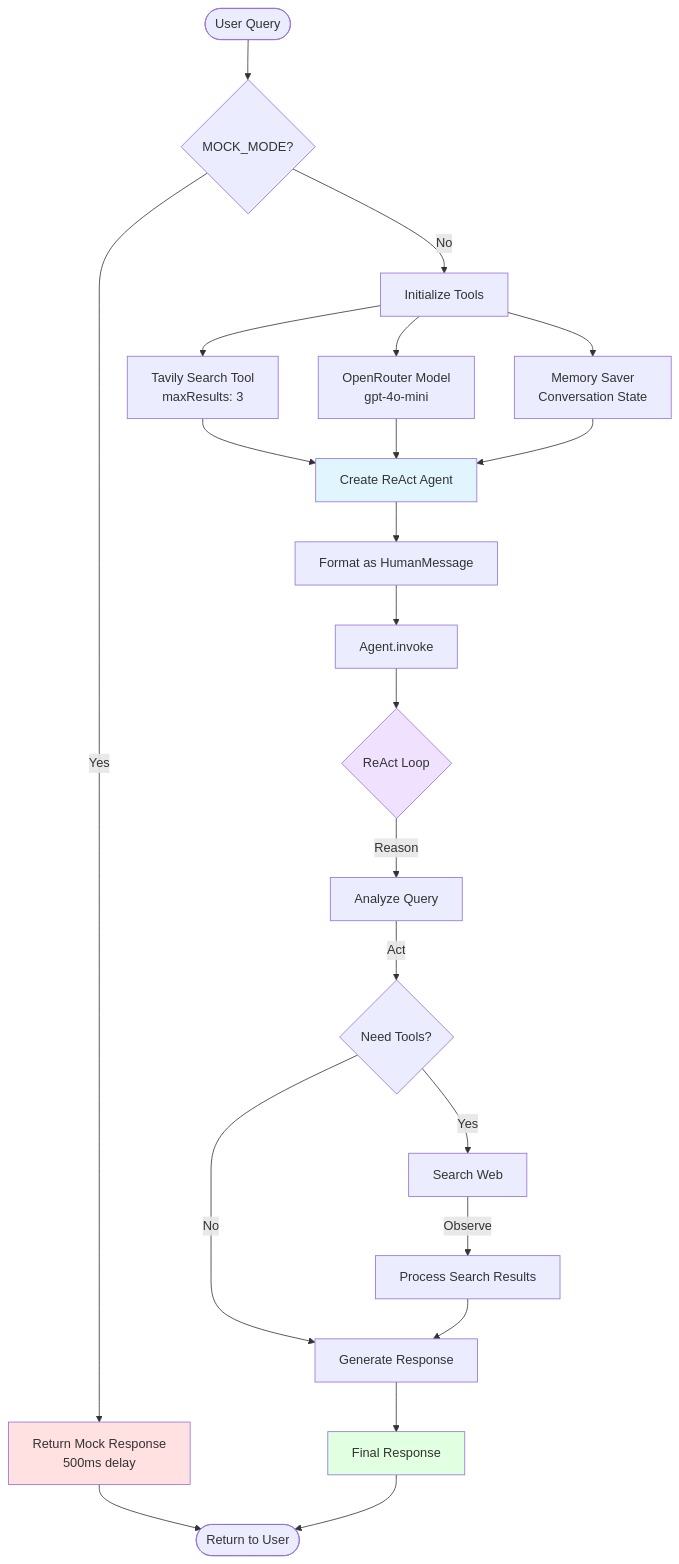
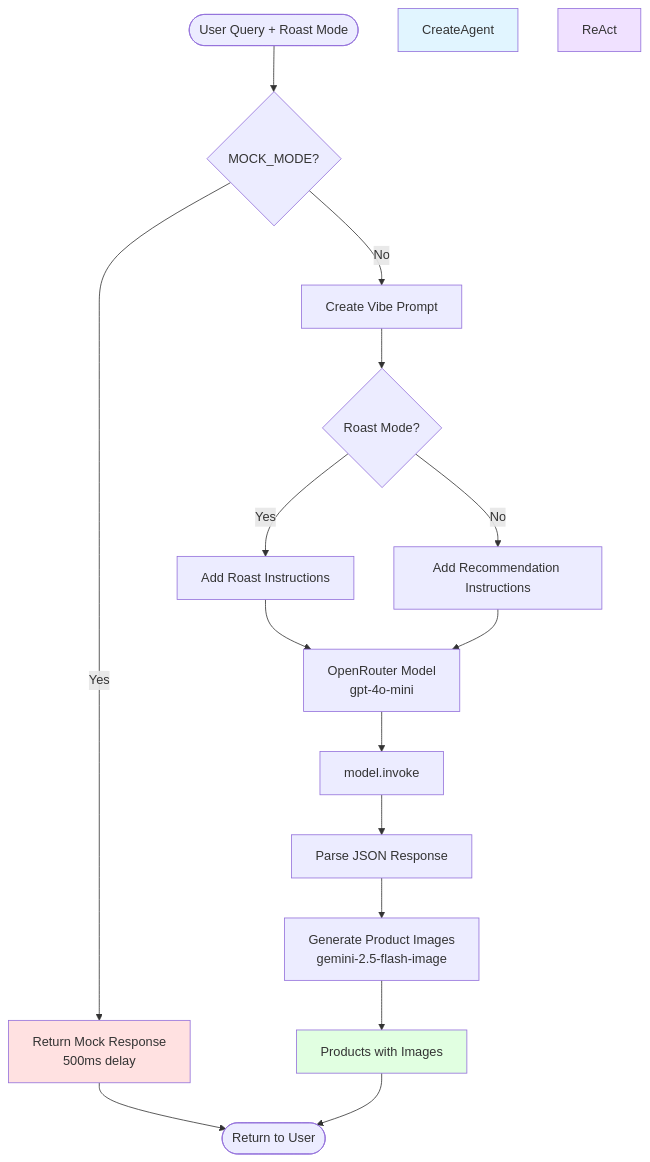
The fifth of 10 diagrams in ARCHITECTURE.md (shrutikapoor08/codetv-openrouter-vibe-to-cart), drawn with Mermaid before and after one commit. The commit also changed other lines of this file and 2 other files, not shown here.

````diff
--- a/ARCHITECTURE.md
+++ b/ARCHITECTURE.md
@@ -159,37 +327,28 @@
 ```mermaid
 flowchart TD
-    Start([User Query]) --> MockCheck{MOCK_MODE?}
+    Start([User Query + Roast Mode]) --> MockCheck{MOCK_MODE?}
 
     MockCheck -->|Yes| MockResponse[Return Mock Response<br/>500ms delay]
-    MockCheck -->|No| InitTools[Initialize Tools]
+    MockCheck -->|No| CreatePrompt[Create Vibe Prompt]
 
-    InitTools --> TavilyTool[Tavily Search Tool<br/>maxResults: 3]
-    InitTools --> ModelInit[OpenRouter Model<br/>gpt-4o-mini]
-    InitTools --> MemoryInit[Memory Saver<br/>Conversation State]
+    CreatePrompt --> RoastCheck{Roast Mode?}
+    RoastCheck -->|Yes| RoastPrompt[Add Roast Instructions]
+    RoastCheck -->|No| NicePrompt[Add Recommendation Instructions]
 
-    TavilyTool --> CreateAgent[Create ReAct Agent]
-    ModelInit --> CreateAgent
-    MemoryInit --> CreateAgent
+    RoastPrompt --> ModelInit[OpenRouter Model<br/>gpt-4o-mini]
+    NicePrompt --> ModelInit
 
-    CreateAgent --> Question[Format as HumanMessage]
-    Question --> Invoke[Agent.invoke]
+    ModelInit --> Invoke[model.invoke]
 
-    Invoke --> ReAct{ReAct Loop}
-    ReAct -->|Reason| Analyze[Analyze Query]
-    Analyze -->|Act| Decide{Need Tools?}
+    Invoke --> ParseResponse[Parse JSON Response]
+    ParseResponse --> AddImages[Generate Product Images<br/>gemini-2.5-flash-image]
 
-    Decide -->|Yes| UseTavily[Search Web]
-    Decide -->|No| Generate[Generate Response]
-
-    UseTavily -->|Observe| ProcessResults[Process Search Results]
-    ProcessResults --> Generate
-
-    Generate --> Response[Final Response]
+    AddImages --> Response[Products with Images]
     MockResponse --> End([Return to User])
     Response --> End
 
     style MockResponse fill:#ffe1e1
     style CreateAgent fill:#e1f5ff
     style ReAct fill:#f0e1ff
     style Response fill:#e1ffe1
 ```
````
